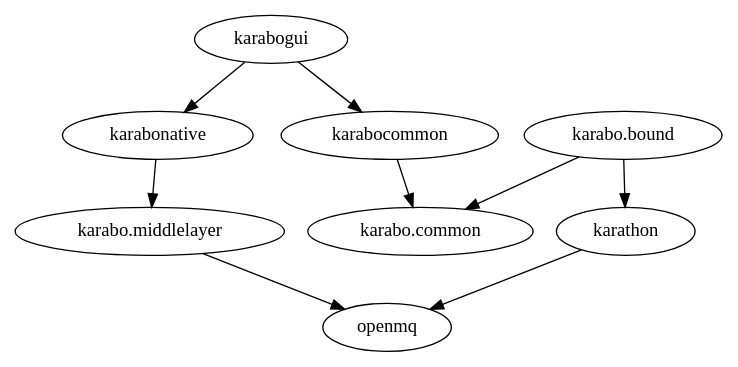
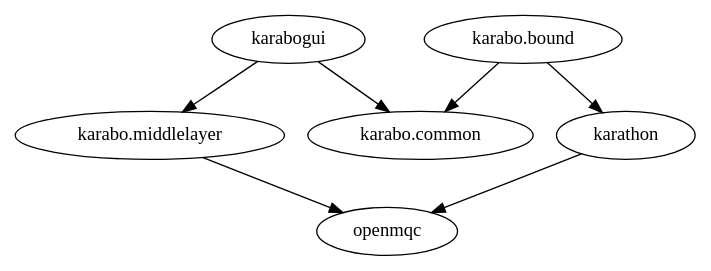
Before and after one commit to European-XFEL/Karabo: the diagram in src/pythonCommon/dot/api_now.dot, drawn with Graphviz. The commit also changed 9 other files, not shown here.

```diff
--- a/src/pythonCommon/dot/api_now.dot
+++ b/src/pythonCommon/dot/api_now.dot
@@ -1,10 +1,8 @@
 digraph deps {
-    "karabogui" -> "karabocommon"
-    "karabogui" -> "karabonative"
-    "karabonative" -> "karabo.middlelayer"
-    "karabocommon" -> "karabo.common"
+    "karabogui" -> "karabo.common"
+    "karabogui" -> "karabo.middlelayer"
     "karabo.bound" -> "karabo.common"
     "karabo.bound" -> "karathon"
-    "karathon" -> "openmq"
-    "karabo.middlelayer" -> "openmq"
+    "karathon" -> "openmqc"
+    "karabo.middlelayer" -> "openmqc"
 }
```
